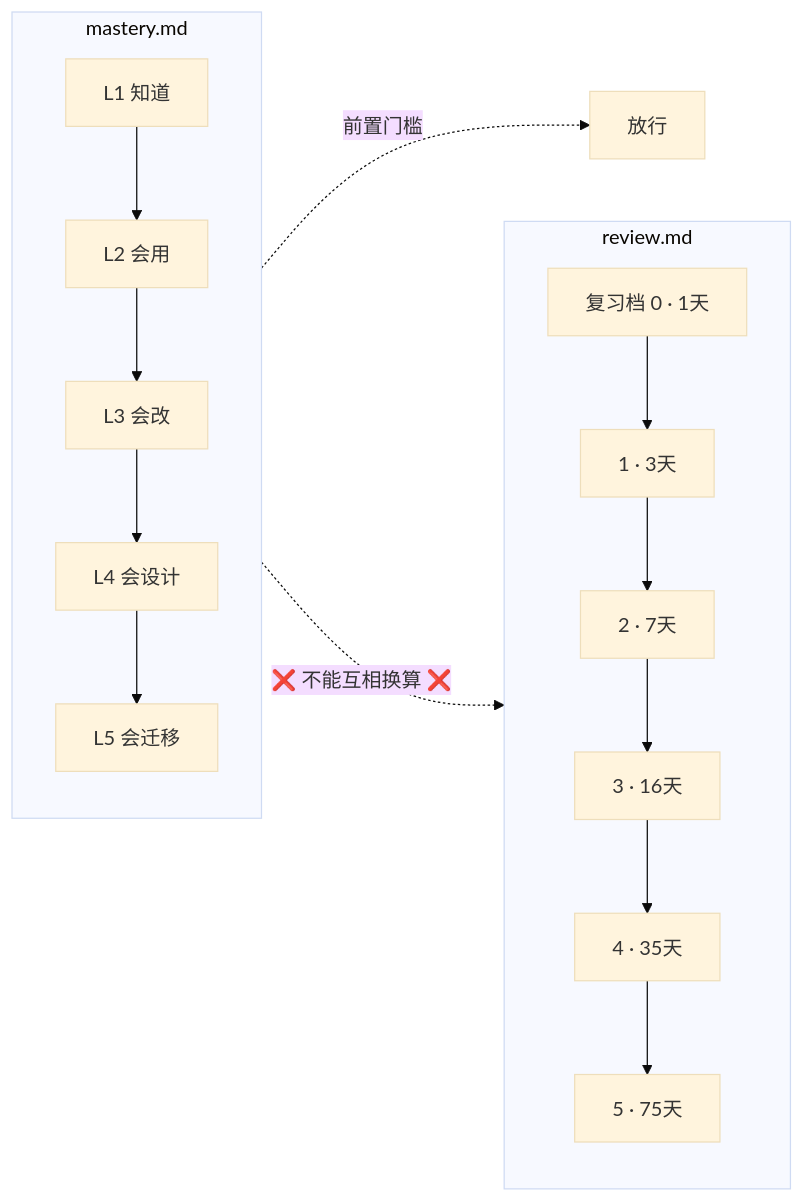
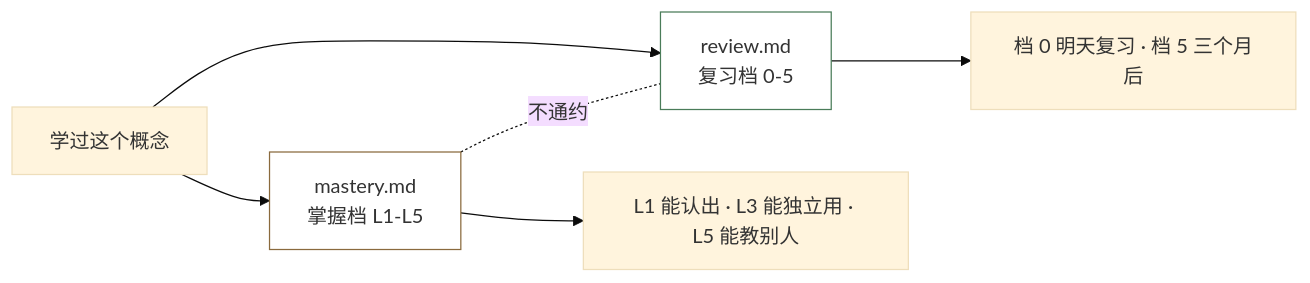
One commit to Asaceoo/learn-system-skills changed the fourth of 5 diagrams in README.md. Above: the diagram before and after it, drawn with Mermaid (base theme). The commit also changed other lines of this file and 12 other files, not shown here.

First line of the commit message:
learn-system v0.7.0: 知识图谱总览（每概念八项 + 2D/3D 图示）

````diff
--- a/README.md
+++ b/README.md
@@ -66,13 +114,10 @@
 ```mermaid
-flowchart LR
-    subgraph mastery.md
-        direction TB
-        L1["L1 知道"] --> L2["L2 会用"] --> L3["L3 会改"] --> L4["L4 会设计"] --> L5["L5 会迁移"]
-    end
-    subgraph review.md
-        direction TB
-        R0["复习档 0 · 1天"] --> R1["1 · 3天"] --> R2["2 · 7天"] --> R3["3 · 16天"] --> R4["4 · 35天"] --> R5["5 · 75天"]
-    end
-    L3 -.前置门槛.-> 放行
-    mastery.md -.❌ 不能互相换算 ❌.-> review.md
+graph LR
+    P["学过这个概念"] --> K["mastery.md<br/>掌握档 L1-L5"]
+    P --> R["review.md<br/>复习档 0-5"]
+    K --> K1["L1 能认出 · L3 能独立用 · L5 能教别人"]
+    R --> R1["档 0 明天复习 · 档 5 三个月后"]
+    K -. 不通约 .- R
+    style K fill:#fff,stroke:#8a6a3d
+    style R fill:#fff,stroke:#4a7c59
 ```
````
